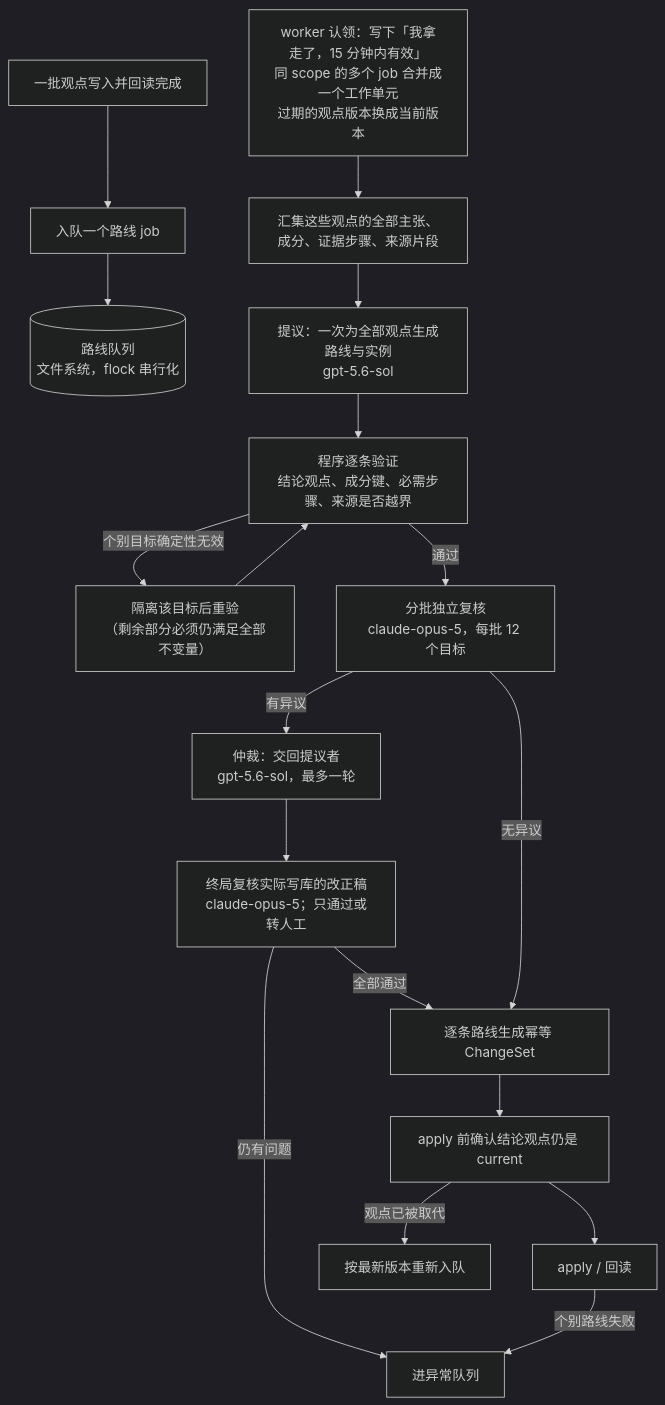
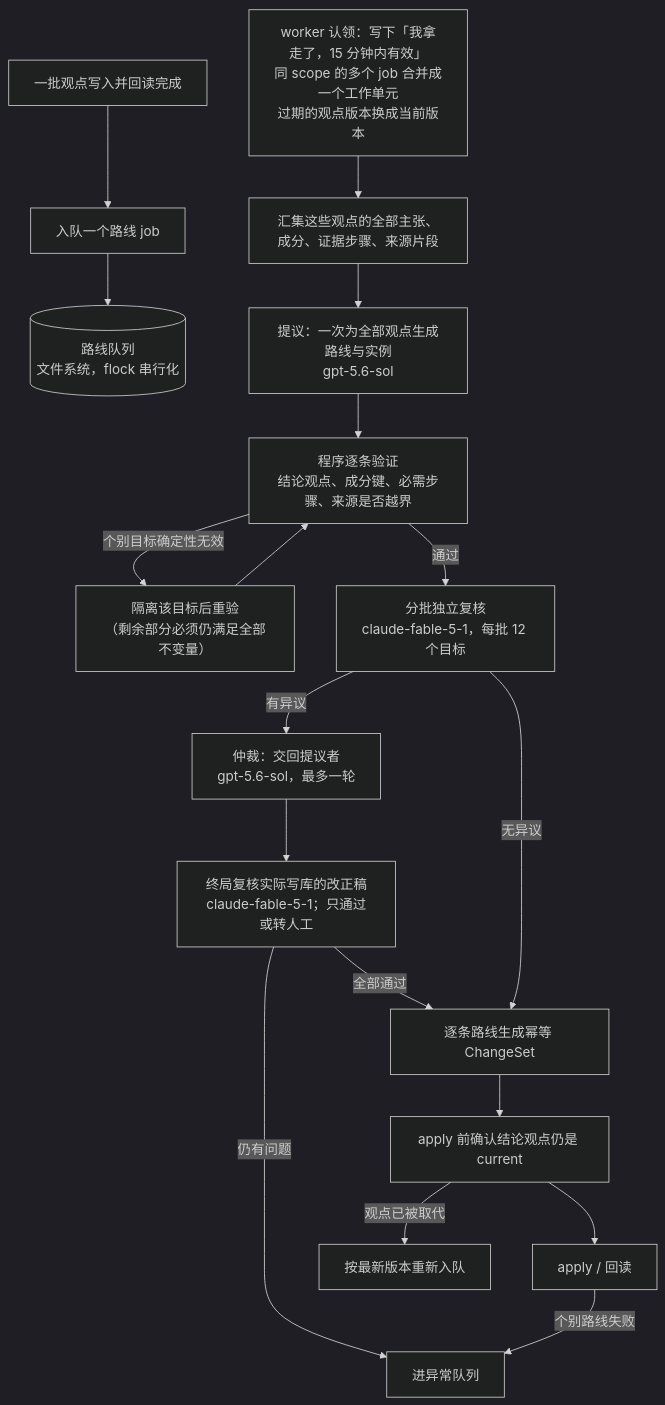
Before and after one commit to junyang168/smart-answer: the fourth of 4 diagrams in docs/wang-knowledge-platform/20-knowledge/canonical_viewpoint_design.md, drawn with Mermaid (dark theme). The commit also changed other lines of this file and 12 other files, not shown here.

````diff
--- a/docs/wang-knowledge-platform/20-knowledge/canonical_viewpoint_design.md
+++ b/docs/wang-knowledge-platform/20-knowledge/canonical_viewpoint_design.md
@@ -211,21 +213,21 @@
 ```mermaid
 flowchart TD
     A["一批观点写入并回读完成"] --> J["入队一个路线 job"]
     J --> QQ[("路线队列<br/>文件系统，flock 串行化")]
     CL["worker 认领：写下「我拿走了，15 分钟内有效」<br/>同 scope 的多个 job 合并成一个工作单元<br/>过期的观点版本换成当前版本"]
     CL --> G["汇集这些观点的全部主张、成分、证据步骤、来源片段"]
     G --> P["提议：一次为全部观点生成路线与实例<br/>gpt-5.6-sol"]
     P --> V["程序逐条验证<br/>结论观点、成分键、必需步骤、来源是否越界"]
     V -->|"个别目标确定性无效"| I["隔离该目标后重验<br/>（剩余部分必须仍满足全部不变量）"]
     I --> V
-    V -->|"通过"| R["分批独立复核<br/>claude-opus-5，每批 12 个目标"]
+    V -->|"通过"| R["分批独立复核<br/>claude-fable-5-1，每批 12 个目标"]
     R -->|"有异议"| C["仲裁：交回提议者<br/>gpt-5.6-sol，最多一轮"]
-    C --> FR["终局复核实际写库的改正稿<br/>claude-opus-5；只通过或转人工"]
+    C --> FR["终局复核实际写库的改正稿<br/>claude-fable-5-1；只通过或转人工"]
     FR -->|"全部通过"| W
     FR -->|"仍有问题"| E
     R -->|"无异议"| W["逐条路线生成幂等 ChangeSet"]
     W --> K["apply 前确认结论观点仍是 current"]
     K --> RB["apply / 回读"]
     K -->|"观点已被取代"| Q["按最新版本重新入队"]
     RB -->|"个别路线失败"| E["进异常队列"]
 ```
````
